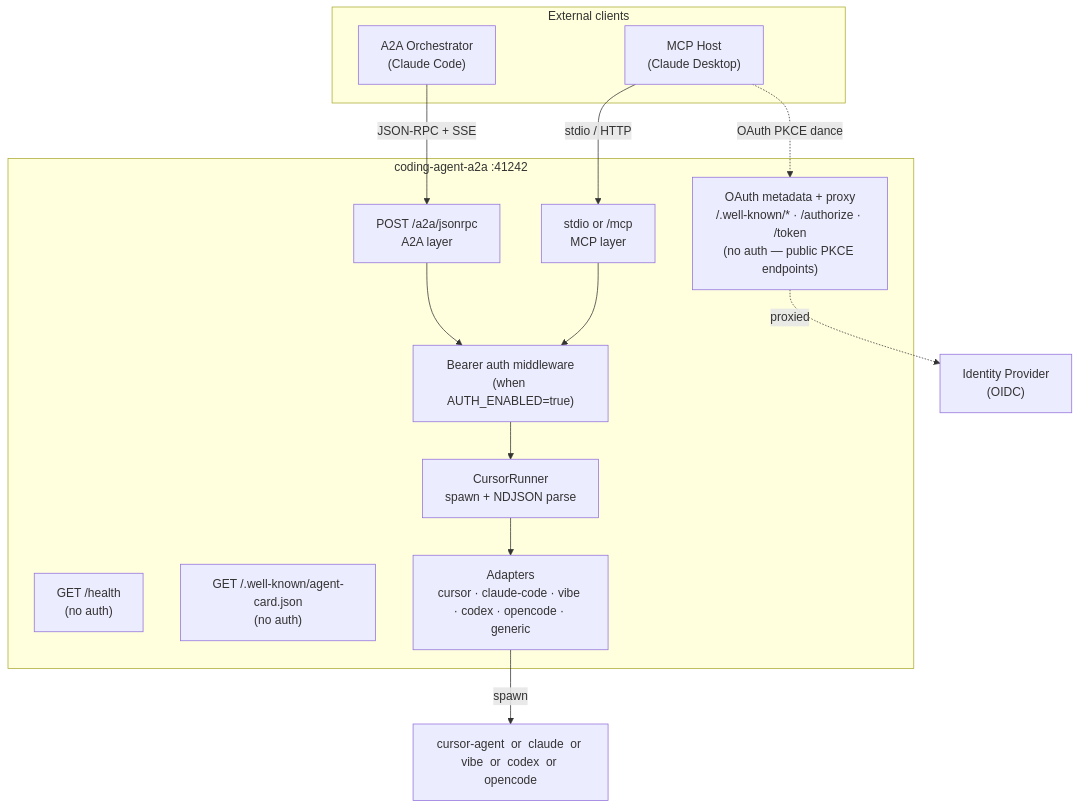
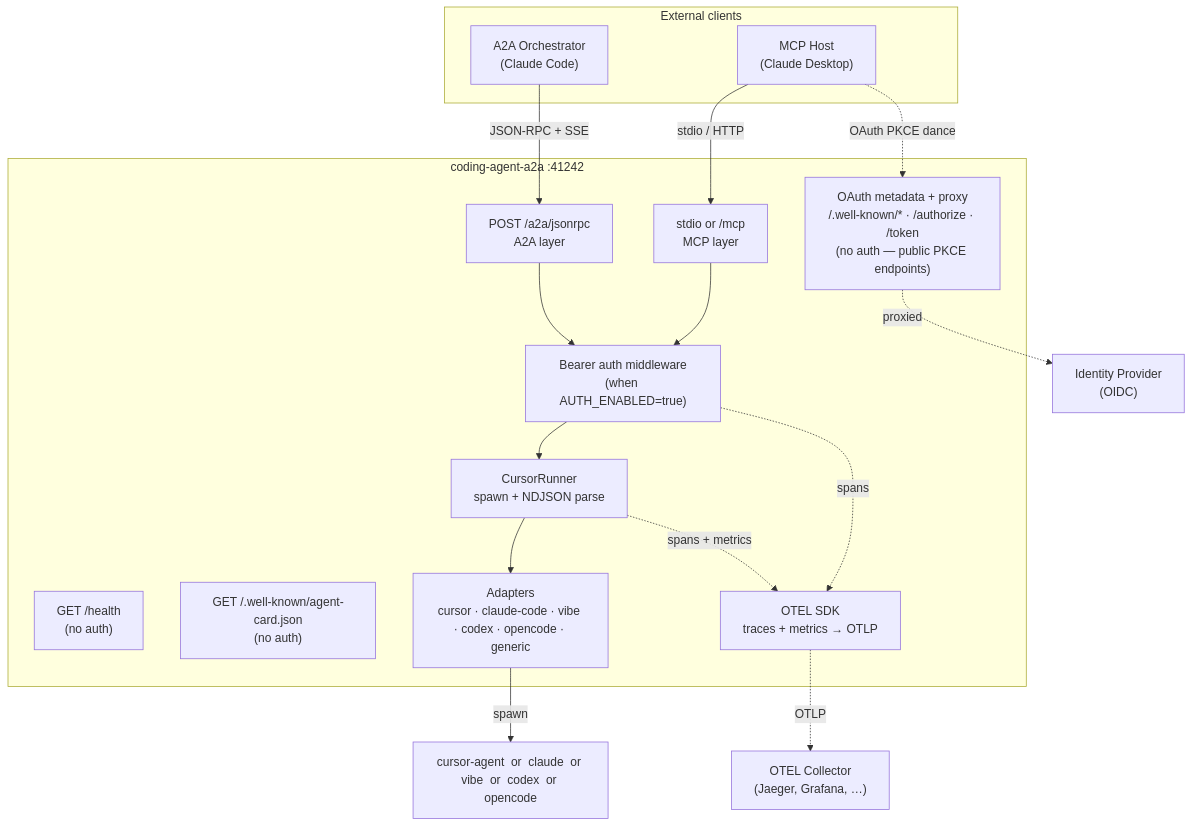
Before and after one commit to casabre/coding-agent-a2a: the diagram in README.md, drawn with Mermaid. The commit also changed other lines of this file, not shown here.

````diff
--- a/README.md
+++ b/README.md
@@ -62,31 +54,36 @@
 ```mermaid
 graph TB
     subgraph Clients["External clients"]
         MCPHost["MCP Host\n(Claude Desktop)"]
         A2AClient["A2A Orchestrator\n(Claude Code)"]
     end
 
     subgraph Server["coding-agent-a2a  :41242"]
         Health["GET /health\n(no auth)"]
         AgentCard["GET /.well-known/agent-card.json\n(no auth)"]
         AuthMeta["OAuth metadata + proxy\n/.well-known/* · /authorize · /token\n(no auth — public PKCE endpoints)"]
         AuthMW["Bearer auth middleware\n(when AUTH_ENABLED=true)"]
         A2ARoute["POST /a2a/jsonrpc\nA2A layer"]
         MCPRoute["stdio or /mcp\nMCP layer"]
         Runner["CursorRunner\nspawn + NDJSON parse"]
         Adapters["Adapters\ncursor · claude-code · vibe · codex · opencode · generic"]
+        OTEL["OTEL SDK\ntraces + metrics → OTLP"]
     end
 
     IdP["Identity Provider\n(OIDC)"]
     CLI["cursor-agent  or  claude  or  vibe  or  codex  or  opencode"]
+    Collector["OTEL Collector\n(Jaeger, Grafana, …)"]
 
     MCPHost   -->|"stdio / HTTP"| MCPRoute
     A2AClient -->|"JSON-RPC + SSE"| A2ARoute
     MCPHost   -.->|"OAuth PKCE dance"| AuthMeta
     AuthMeta  -.->|"proxied"| IdP
     A2ARoute  --> AuthMW
     MCPRoute  --> AuthMW
     AuthMW    --> Runner
     Runner    --> Adapters
     Adapters  -->|spawn| CLI
+    Runner    -.->|spans + metrics| OTEL
+    AuthMW    -.->|spans| OTEL
+    OTEL      -.->|OTLP| Collector
 ```
````
